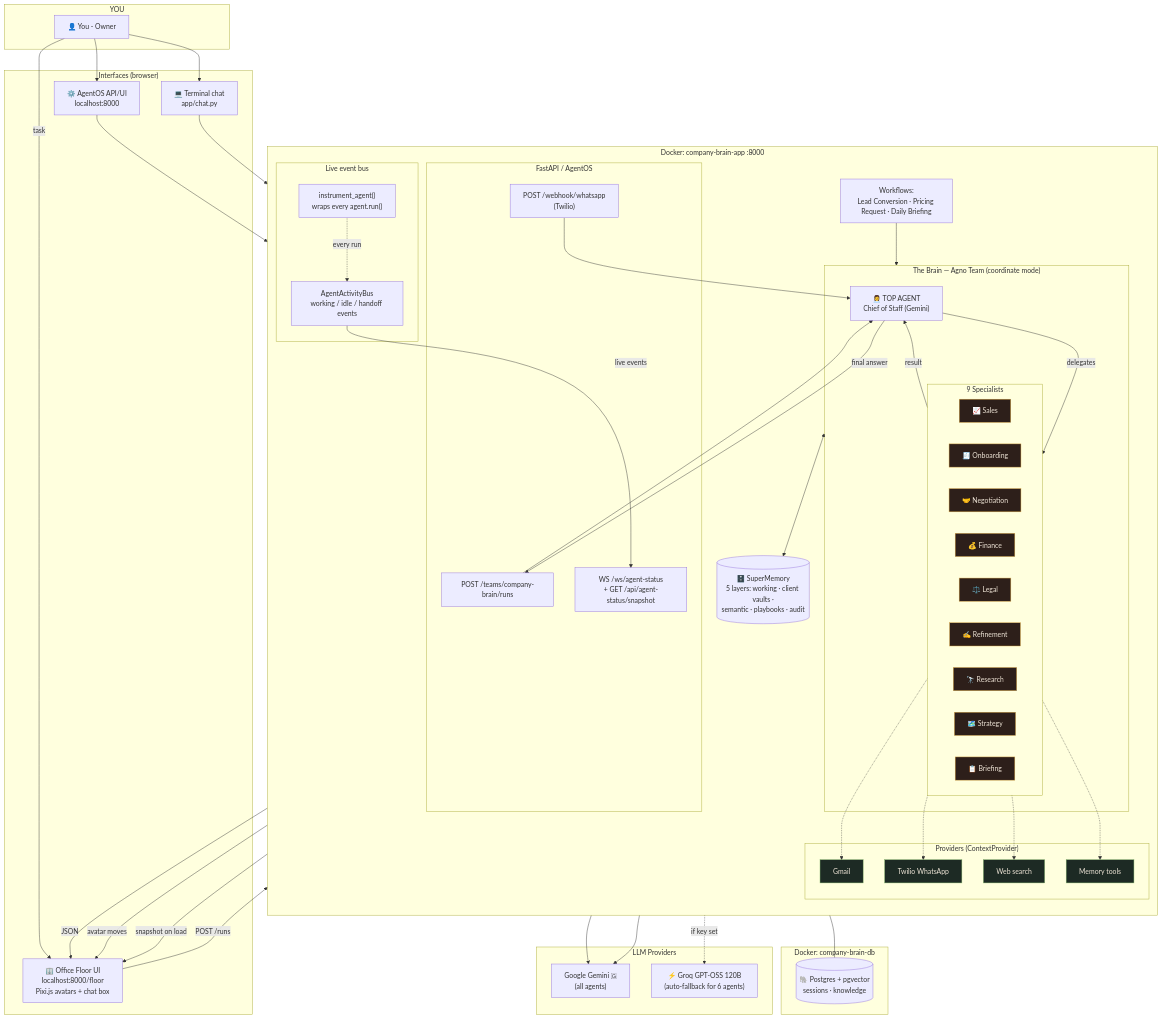
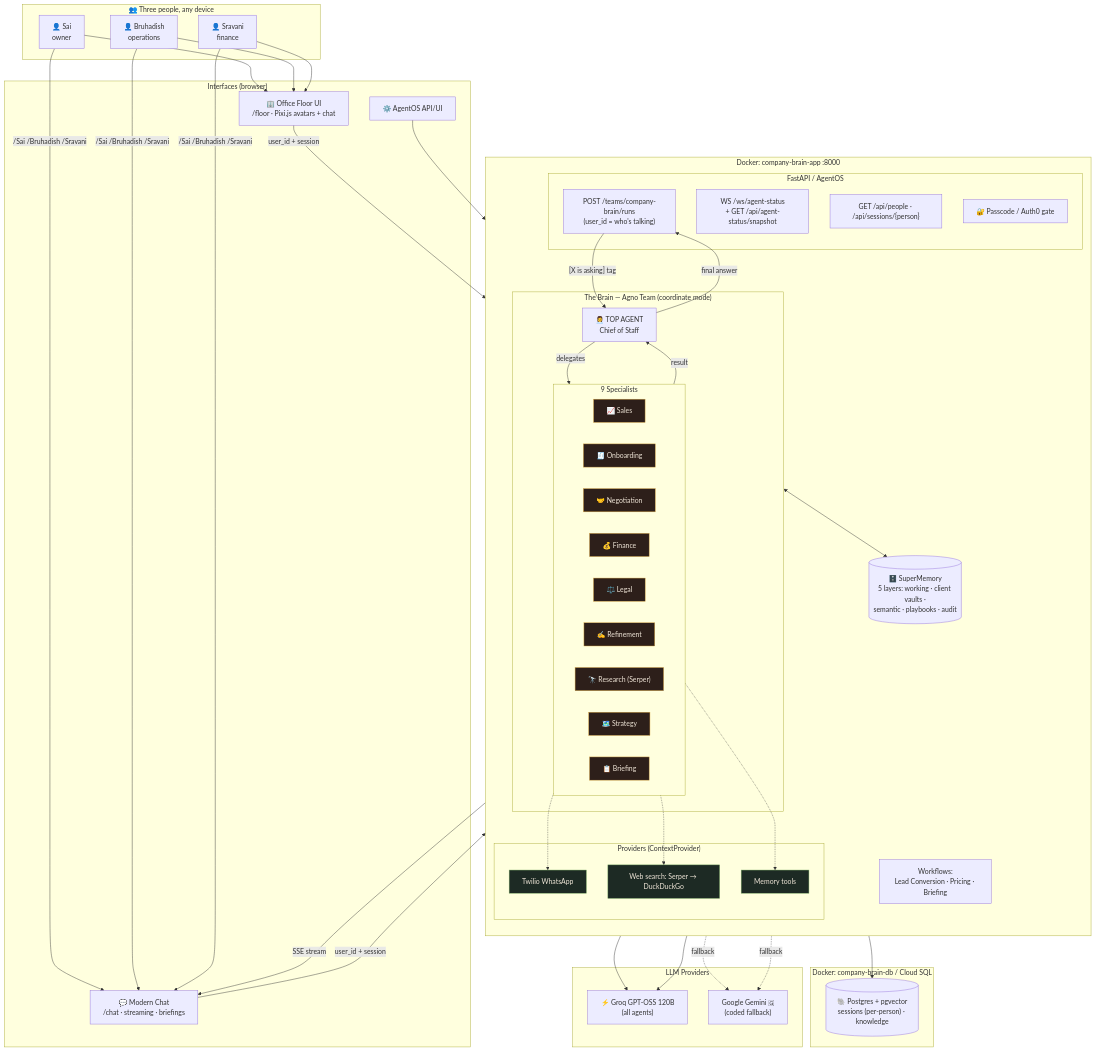
Before and after one commit to saiavinash77/company-brain: the diagram in README.md, drawn with Mermaid. The commit also changed other lines of this file and 2 other files, not shown here.

First line of the commit message:
docs: README/example.env/AGENTS.md for identity, Serper, auth, deploy

````diff
--- a/README.md
+++ b/README.md
@@ -53,25 +93,28 @@
 ```mermaid
 flowchart TD
-    subgraph YOU
-        U[👤 You - Owner]
+    subgraph PEOPLE["👥 Three people, any device"]
+        SAI["👤 Sai<br/>owner"]
+        BRU["👤 Bruhadish<br/>operations"]
+        SRA["👤 Sravani<br/>finance"]
     end
 
     subgraph CLIENTS["Interfaces (browser)"]
-        FLOOR["🏢 Office Floor UI<br/>localhost:8000/floor<br/>Pixi.js avatars + chat box"]
-        AGENTOS["⚙️ AgentOS API/UI<br/>localhost:8000"]
-        CLI["💻 Terminal chat<br/>app/chat.py"]
+        FLOOR["🏢 Office Floor UI<br/>/floor · Pixi.js avatars + chat"]
+        CHAT["💬 Modern Chat<br/>/chat · streaming · briefings"]
+        AGENTOS["⚙️ AgentOS API/UI"]
     end
 
     subgraph SERVER["Docker: company-brain-app :8000"]
         direction TB
         subgraph API_LAYER["FastAPI / AgentOS"]
-            REST["POST /teams/company-brain/runs"]
+            REST["POST /teams/company-brain/runs<br/>(user_id = who's talking)"]
             WS["WS /ws/agent-status<br/>+ GET /api/agent-status/snapshot"]
-            HOOK["POST /webhook/whatsapp<br/>(Twilio)"]
+            PEOPLEAPI["GET /api/people · /api/sessions/{person}"]
+            GATE["🔐 Passcode / Auth0 gate"]
         end
 
         subgraph BRAIN["The Brain — Agno Team (coordinate mode)"]
-            TOP["👩‍💼 TOP AGENT<br/>Chief of Staff (Gemini)"]
+            TOP["👩‍💼 TOP AGENT<br/>Chief of Staff"]
             subgraph SPECIALISTS["9 Specialists"]
                 S1["📈 Sales"]:::spec
                 S2["🧾 Onboarding"]:::spec
@@ -79,63 +122,45 @@
                 S4["💰 Finance"]:::spec
                 S5["⚖️ Legal"]:::spec
                 S7["✍️ Refinement"]:::spec
-                S8["🔭 Research"]:::spec
+                S8["🔭 Research (Serper)"]:::spec
                 S9["🗺️ Strategy"]:::spec
                 S10["📋 Briefing"]:::spec
             end
         end
 
-        subgraph TELEMETRY["Live event bus"]
-            INST["instrument_agent()<br/>wraps every agent.run()"]
-            BUS["AgentActivityBus<br/>working / idle / handoff events"]
-        end
-
         subgraph PROVIDERS["Providers (ContextProvider)"]
-            P1["Gmail"]:::prov
             P2["Twilio WhatsApp"]:::prov
-            P3["Web search"]:::prov
+            P3["Web search: Serper → DuckDuckGo"]:::prov
             P4["Memory tools"]:::prov
         end
 
         MEM[("🗄️ SuperMemory<br/>5 layers: working · client vaults ·<br/>semantic · playbooks · audit")]
-        WF["Workflows:<br/>Lead Conversion · Pricing Request · Daily Briefing"]
+        WF["Workflows:<br/>Lead Conversion · Pricing · Briefing"]
     end
 
-    subgraph INFRA["Docker: company-brain-db"]
-        PG[("🐘 Postgres + pgvector<br/>sessions · knowledge")]
+    subgraph INFRA["Docker: company-brain-db / Cloud SQL"]
+        PG[("🐘 Postgres + pgvector<br/>sessions (per-person) · knowledge")]
     end
 
     subgraph LLM["LLM Providers"]
-        G["Google Gemini 🇬<br/>(all agents)"]
-        GR["⚡ Groq GPT-OSS 120B<br/>(auto-fallback for 6 agents)"]
+        GR["⚡ Groq GPT-OSS 120B<br/>(all agents)"]
+        G["Google Gemini 🇬<br/>(coded fallback)"]
     end
 
-    U -->|"task"| FLOOR
-    U --> AGENTOS
-    U --> CLI
-    FLOOR -->|"POST /runs"| REST
+    SAI & BRU & SRA -->|"/Sai /Bruhadish /Sravani"| CHAT
+    SAI & BRU & SRA --> FLOOR
+    CHAT & FLOOR -->|"user_id + session"| REST
     AGENTOS --> REST
-    CLI --> TOP
-    HOOK --> TOP
-    REST --> TOP
-
+    REST -->|"[X is asking]" tag| TOP
     TOP -->|"delegates"| SPECIALISTS
     SPECIALISTS -->|"result"| TOP
     TOP -->|"final answer"| REST
-    REST -->|"JSON"| FLOOR
-
-    SPECIALISTS -.-> P1 & P2 & P3 & P4
+    REST -->|"SSE stream"| CHAT
+    SPECIALISTS -.-> P2 & P3 & P4
     BRAIN <--> MEM
-    WF --> BRAIN
-    TOP & SPECIALISTS --> G
-    SPECIALISTS -.->|if key set| GR
-
-    INST -.->|"every run"| BUS
-    BUS -->|"live events"| WS
-    WS -->|"avatar moves"| FLOOR
-    WS -->|"snapshot on load"| FLOOR
-
-    API_LAYER --- PG
+    BRAIN --> PG
+    TOP & SPECIALISTS --> GR
+    TOP & SPECIALISTS -.->|fallback| G
 
     classDef spec fill:#2d1f1a,stroke:#d9a441,color:#f0e6d8
     classDef prov fill:#1d2a24,stroke:#7fb069,color:#f0e6d8
````
